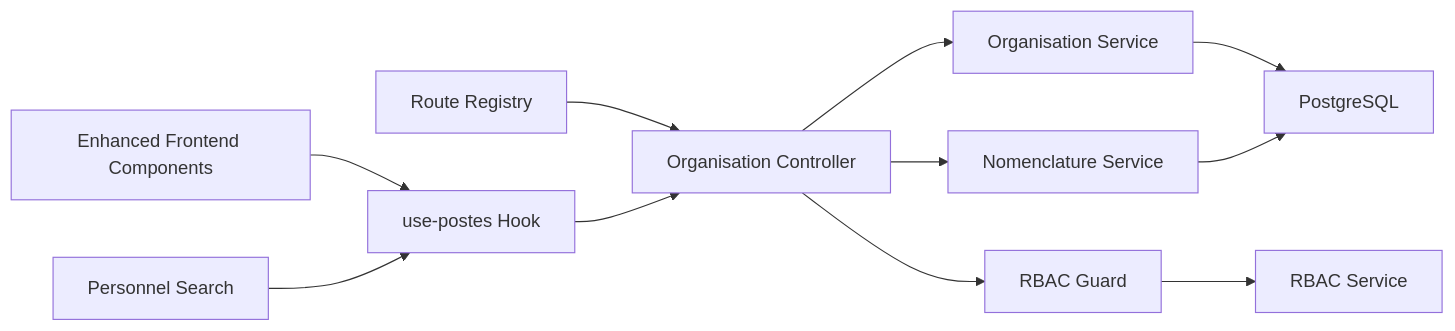
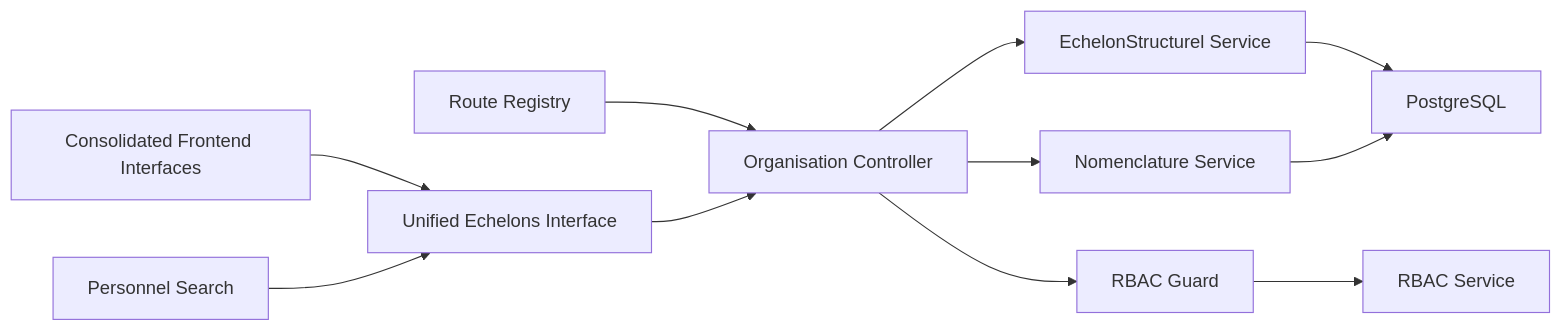
Before and after one commit to franckylab/eLISAschool: the ninth of 9 diagrams in .qoder/repowiki/en/content/Human Resources Management/Personnel Administration/Organizational Structure.md, drawn with Mermaid. The commit also changed other lines of this file and 138 other files, not shown here.

First line of the commit message:
refactor(api): consolider le système de nomenclature avec EchelonStructurel unifié

````diff
--- a/.qoder/repowiki/en/content/Human Resources Management/Personnel Administration/Organizational Structure.md
+++ b/.qoder/repowiki/en/content/Human Resources Management/Personnel Administration/Organizational Structure.md
@@ -397,13 +410,13 @@
 ```mermaid
 graph LR
 Route["Route Registry"] --> OrgCtrl["Organisation Controller"]
-OrgCtrl --> OrgSvc["Organisation Service"]
+OrgCtrl --> EchelonSvc["EchelonStructurel Service"]
 OrgCtrl --> NomenclatureSvc["Nomenclature Service"]
-OrgSvc --> DB["PostgreSQL"]
+EchelonSvc --> DB["PostgreSQL"]
 NomenclatureSvc --> DB
 OrgCtrl --> RbacGuard["RBAC Guard"]
 RbacGuard --> RbacSvc["RBAC Service"]
-Frontend["Enhanced Frontend Components"] --> UsePostesHook["use-postes Hook"]
-UsePostesHook --> OrgCtrl
-PersonnelSearch["Personnel Search"] --> UsePostesHook
+Frontend["Consolidated Frontend Interfaces"] --> UnifiedInterface["Unified Echelons Interface"]
+UnifiedInterface --> OrgCtrl
+PersonnelSearch["Personnel Search"] --> UnifiedInterface
 ```
````
